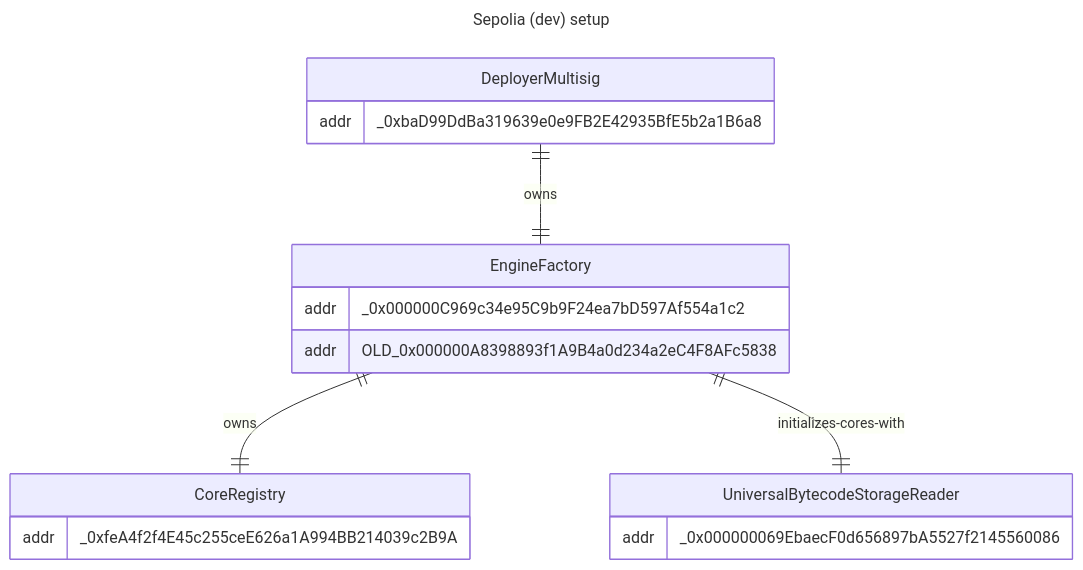
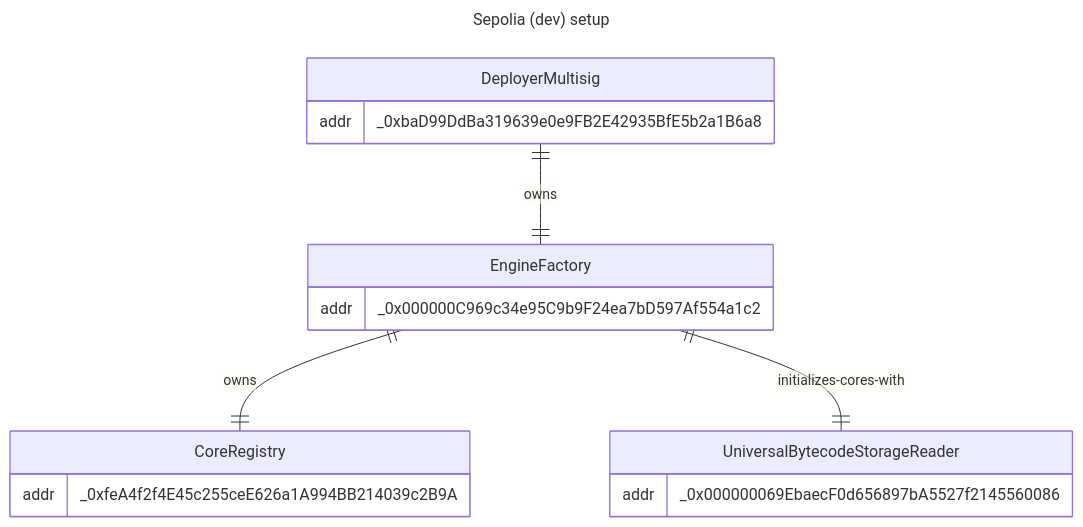
One commit to void-smith660/artblocks-contracts changed the fourth of 4 diagrams in packages/contracts/INFRASTRUCTURE.md. Above: the diagram before and after it, drawn with Mermaid. The commit also changed other lines of this file, not shown here.

````diff
--- a/packages/contracts/INFRASTRUCTURE.md
+++ b/packages/contracts/INFRASTRUCTURE.md
@@ -103,22 +100,21 @@
 ```mermaid
 ---
 title: Sepolia (dev) setup
 ---
 erDiagram
     DeployerMultisig ||--|| EngineFactory : owns
     EngineFactory ||--|| CoreRegistry : owns
     EngineFactory ||--|| UniversalBytecodeStorageReader : initializes-cores-with
     DeployerMultisig {
         addr _0xbaD99DdBa319639e0e9FB2E42935BfE5b2a1B6a8
     }
     EngineFactory {
         addr _0x000000C969c34e95C9b9F24ea7bD597Af554a1c2
-        addr OLD_0x000000A8398893f1A9B4a0d234a2eC4F8AFc5838
     }
     CoreRegistry {
         addr _0xfeA4f2f4E45c255ceE626a1A994BB214039c2B9A
     }
     UniversalBytecodeStorageReader {
         addr _0x000000069EbaecF0d656897bA5527f2145560086
     }
 ```
````
